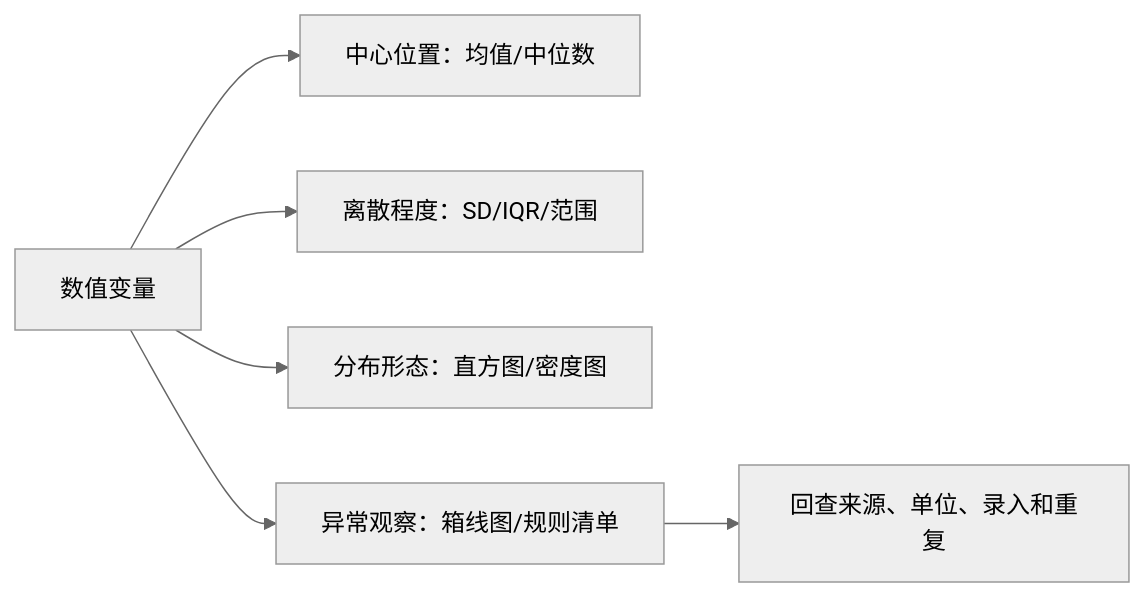
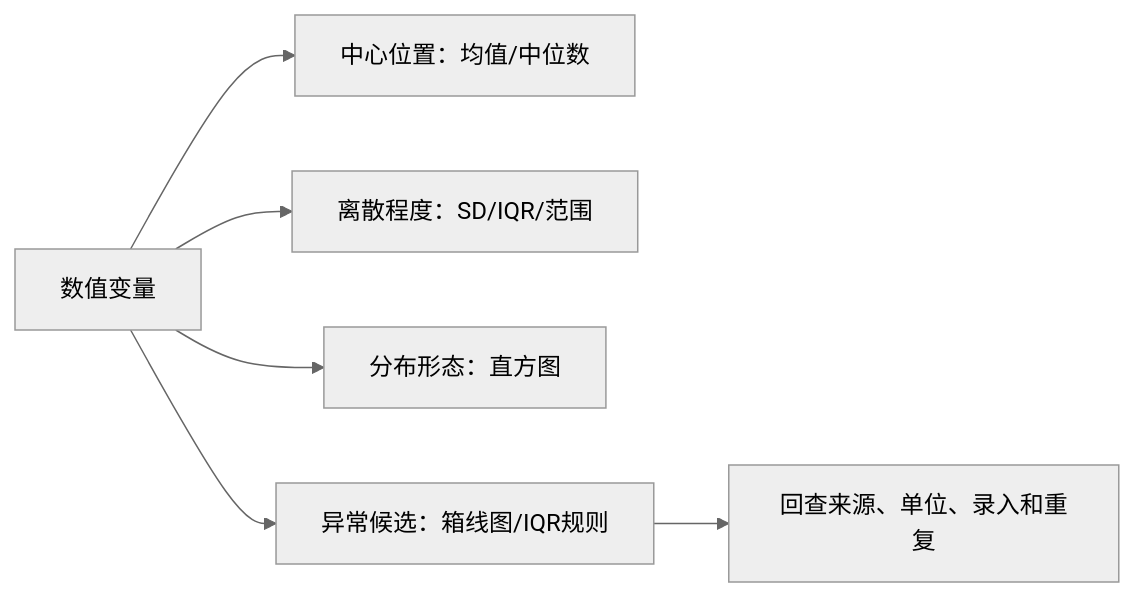
Before and after one commit to luvega/AI_MED_DataVis: the second of 2 diagrams in docs/chapters/chapter-6/index.md, drawn with Mermaid (neutral theme). The commit also changed other lines of this file and 8 other files, not shown here.

````diff
--- a/docs/chapters/chapter-6/index.md
+++ b/docs/chapters/chapter-6/index.md
@@ -276,8 +372,8 @@
 ```mermaid
 flowchart LR
   A["数值变量"] --> B["中心位置：均值/中位数"]
   A --> C["离散程度：SD/IQR/范围"]
-  A --> D["分布形态：直方图/密度图"]
-  A --> E["异常观察：箱线图/规则清单"]
+  A --> D["分布形态：直方图"]
+  A --> E["异常候选：箱线图/IQR规则"]
   E --> F["回查来源、单位、录入和重复"]
 ```
````
